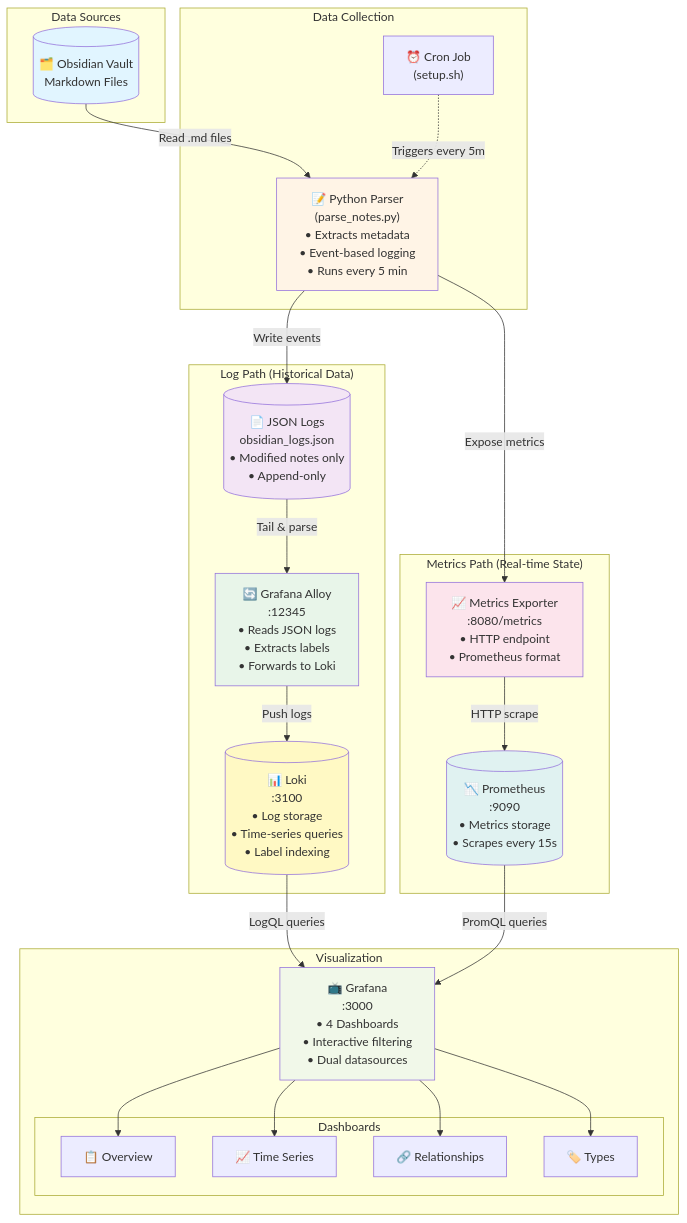
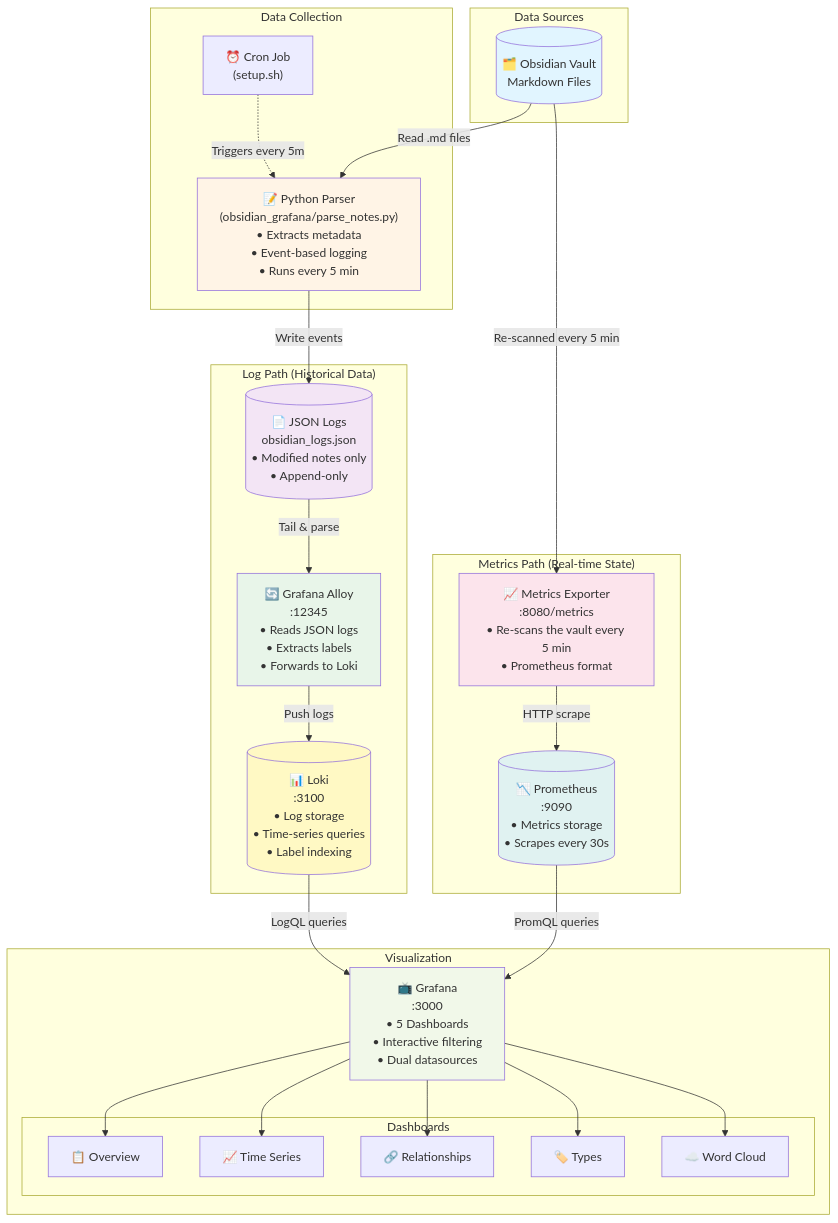
The diagram in README.md (nicolevanderhoeven/obsidian-grafana), drawn with Mermaid before and after one commit. The commit also changed other lines of this file and 36 other files, not shown here.

First line of the commit message:
feat: harden and modernize obsidian-grafana (portable dashboards, refreshing exporter, Loki tsdb, CI) (#1)

````diff
--- a/README.md
+++ b/README.md
@@ -23,61 +23,63 @@
 ```mermaid
 graph TB
     subgraph "Data Sources"
         Vault[("🗂️ Obsidian Vault<br/>Markdown Files")]
     end
     
     subgraph "Data Collection"
-        Parser["📝 Python Parser<br/>(parse_notes.py)<br/>• Extracts metadata<br/>• Event-based logging<br/>• Runs every 5 min"]
+        Parser["📝 Python Parser<br/>(obsidian_grafana/parse_notes.py)<br/>• Extracts metadata<br/>• Event-based logging<br/>• Runs every 5 min"]
         Cron["⏰ Cron Job<br/>(setup.sh)"]
     end
     
     subgraph "Log Path (Historical Data)"
         LogFile[("📄 JSON Logs<br/>obsidian_logs.json<br/>• Modified notes only<br/>• Append-only")]
         Alloy["🔄 Grafana Alloy<br/>:12345<br/>• Reads JSON logs<br/>• Extracts labels<br/>• Forwards to Loki"]
         Loki[("📊 Loki<br/>:3100<br/>• Log storage<br/>• Time-series queries<br/>• Label indexing")]
     end
     
     subgraph "Metrics Path (Real-time State)"
-        MetricsExp["📈 Metrics Exporter<br/>:8080/metrics<br/>• HTTP endpoint<br/>• Prometheus format"]
-        Prometheus[("📉 Prometheus<br/>:9090<br/>• Metrics storage<br/>• Scrapes every 15s")]
+        MetricsExp["📈 Metrics Exporter<br/>:8080/metrics<br/>• Re-scans the vault every 5 min<br/>• Prometheus format"]
+        Prometheus[("📉 Prometheus<br/>:9090<br/>• Metrics storage<br/>• Scrapes every 30s")]
     end
     
     subgraph "Visualization"
-        Grafana["📺 Grafana<br/>:3000<br/>• 4 Dashboards<br/>• Interactive filtering<br/>• Dual datasources"]
+        Grafana["📺 Grafana<br/>:3000<br/>• 5 Dashboards<br/>• Interactive filtering<br/>• Dual datasources"]
         
         subgraph "Dashboards"
             D1["📋 Overview"]
             D2["📈 Time Series"]
             D3["🔗 Relationships"]
             D4["🏷️ Types"]
+            D5["☁️ Word Cloud"]
         end
     end
     
     Vault -->|Read .md files| Parser
     Cron -.->|Triggers every 5m| Parser
     
     Parser -->|Write events| LogFile
-    Parser -->|Expose metrics| MetricsExp
+    Vault -->|Re-scanned every 5 min| MetricsExp
     
     LogFile -->|Tail & parse| Alloy
     Alloy -->|Push logs| Loki
     
     MetricsExp -->|HTTP scrape| Prometheus
     
     Loki -->|LogQL queries| Grafana
     Prometheus -->|PromQL queries| Grafana
     
     Grafana --> D1
     Grafana --> D2
     Grafana --> D3
     Grafana --> D4
+    Grafana --> D5
     
     style Vault fill:#e1f5ff
     style Parser fill:#fff4e6
     style LogFile fill:#f3e5f5
     style Alloy fill:#e8f5e9
     style Loki fill:#fff9c4
     style MetricsExp fill:#fce4ec
     style Prometheus fill:#e0f2f1
     style Grafana fill:#f1f8e9
 ```
````
